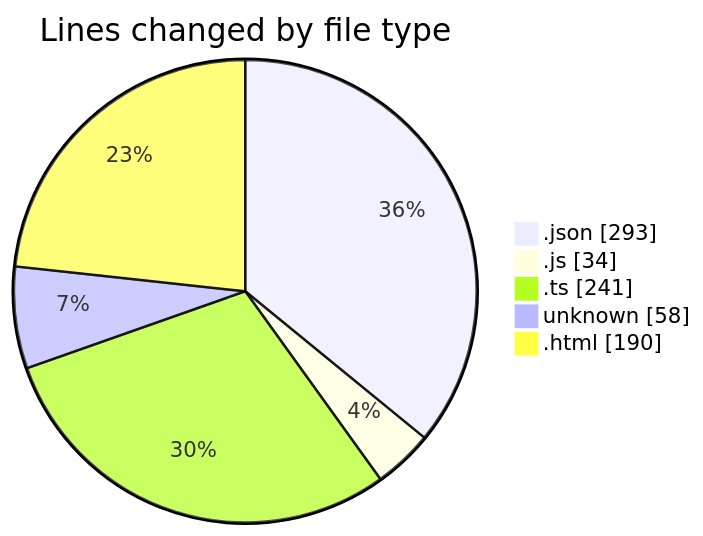
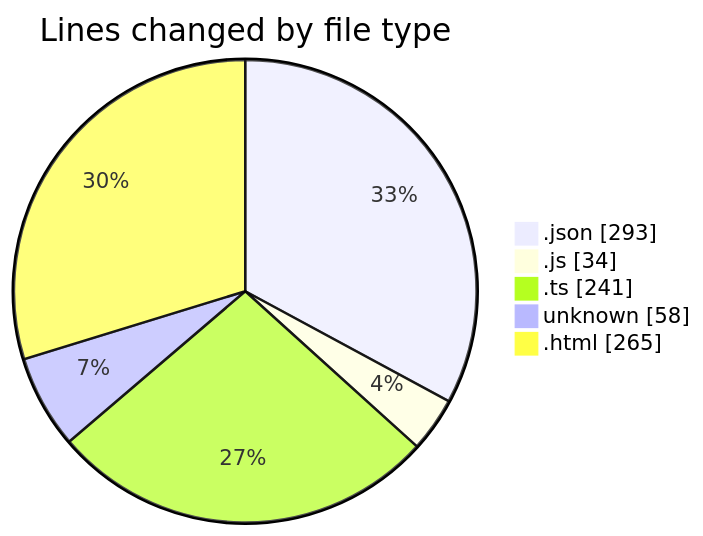
One commit to momahboobian/code-tracking changed the first of 2 diagrams in 2025-05-12/news-clock-system-caspercg/README.md. Above: the diagram before and after it, drawn with Mermaid. The commit also changed other lines of this file and 1 other file, not shown here.

````diff
--- a/2025-05-12/news-clock-system-caspercg/README.md
+++ b/2025-05-12/news-clock-system-caspercg/README.md
@@ -32,9 +32,9 @@
 ```mermaid
 pie showData
 title Lines changed by file type
 ".json" : 293
 ".js" : 34
 ".ts" : 241
 "unknown" : 58
-".html" : 190
+".html" : 265
 ```
````
